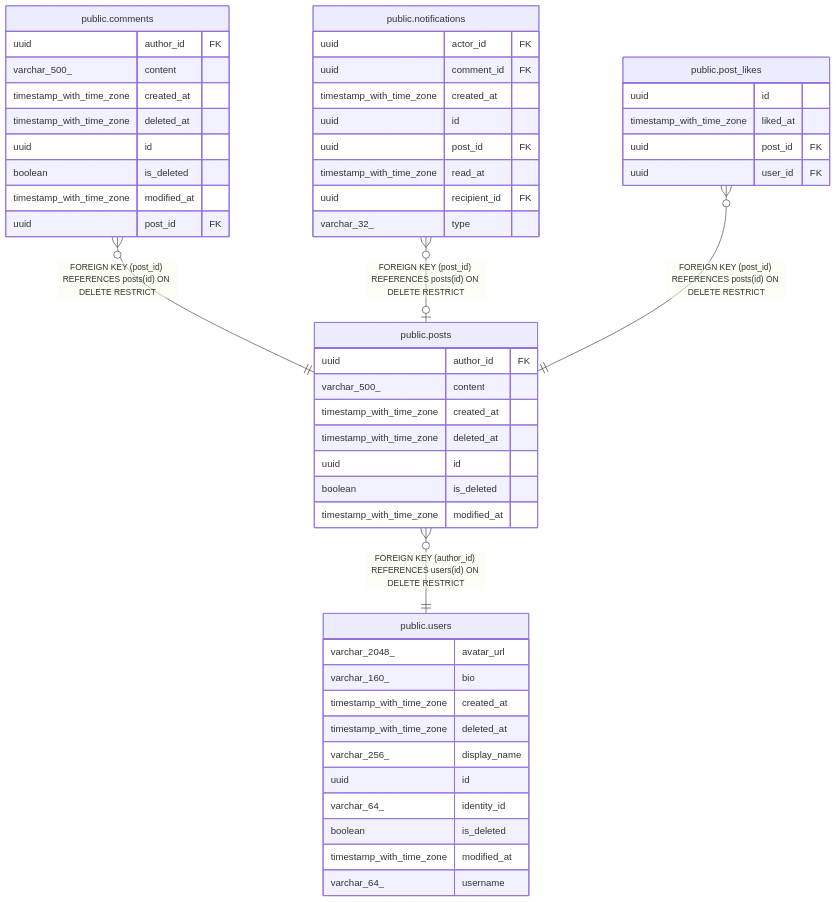
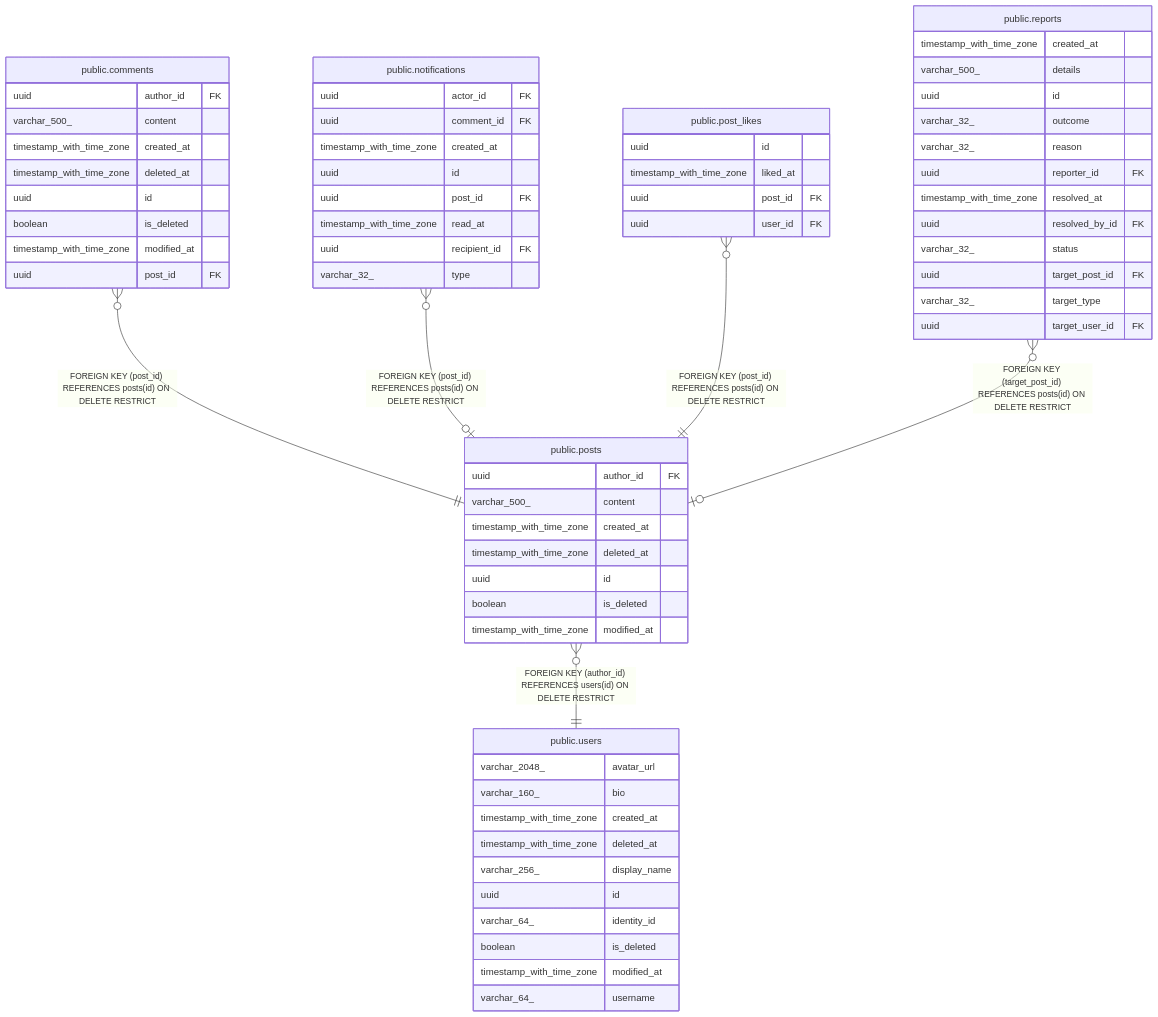
One commit to trduc2712/choco-api changed the diagram in docs/database/public.posts.md. Above: the diagram before and after it, drawn with Mermaid. The commit also changed other lines of this file and 49 other files, not shown here.

````diff
--- a/docs/database/public.posts.md
+++ b/docs/database/public.posts.md
@@ -41,56 +41,71 @@
 ```mermaid
 erDiagram
 
 "public.posts" }o--|| "public.users" : "FOREIGN KEY (author_id) REFERENCES users(id) ON DELETE RESTRICT"
 "public.comments" }o--|| "public.posts" : "FOREIGN KEY (post_id) REFERENCES posts(id) ON DELETE RESTRICT"
 "public.notifications" }o--o| "public.posts" : "FOREIGN KEY (post_id) REFERENCES posts(id) ON DELETE RESTRICT"
 "public.post_likes" }o--|| "public.posts" : "FOREIGN KEY (post_id) REFERENCES posts(id) ON DELETE RESTRICT"
+"public.reports" }o--o| "public.posts" : "FOREIGN KEY (target_post_id) REFERENCES posts(id) ON DELETE RESTRICT"
 
 "public.posts" {
   uuid author_id FK
   varchar_500_ content
   timestamp_with_time_zone created_at
   timestamp_with_time_zone deleted_at
   uuid id
   boolean is_deleted
   timestamp_with_time_zone modified_at
 }
 "public.users" {
   varchar_2048_ avatar_url
   varchar_160_ bio
   timestamp_with_time_zone created_at
   timestamp_with_time_zone deleted_at
   varchar_256_ display_name
   uuid id
   varchar_64_ identity_id
   boolean is_deleted
   timestamp_with_time_zone modified_at
   varchar_64_ username
 }
 "public.comments" {
   uuid author_id FK
   varchar_500_ content
   timestamp_with_time_zone created_at
   timestamp_with_time_zone deleted_at
   uuid id
   boolean is_deleted
   timestamp_with_time_zone modified_at
   uuid post_id FK
 }
 "public.notifications" {
   uuid actor_id FK
   uuid comment_id FK
   timestamp_with_time_zone created_at
   uuid id
   uuid post_id FK
   timestamp_with_time_zone read_at
   uuid recipient_id FK
   varchar_32_ type
 }
 "public.post_likes" {
   uuid id
   timestamp_with_time_zone liked_at
   uuid post_id FK
   uuid user_id FK
 }
+"public.reports" {
+  timestamp_with_time_zone created_at
+  varchar_500_ details
+  uuid id
+  varchar_32_ outcome
+  varchar_32_ reason
+  uuid reporter_id FK
+  timestamp_with_time_zone resolved_at
+  uuid resolved_by_id FK
+  varchar_32_ status
+  uuid target_post_id FK
+  varchar_32_ target_type
+  uuid target_user_id FK
+}
 ```
````
